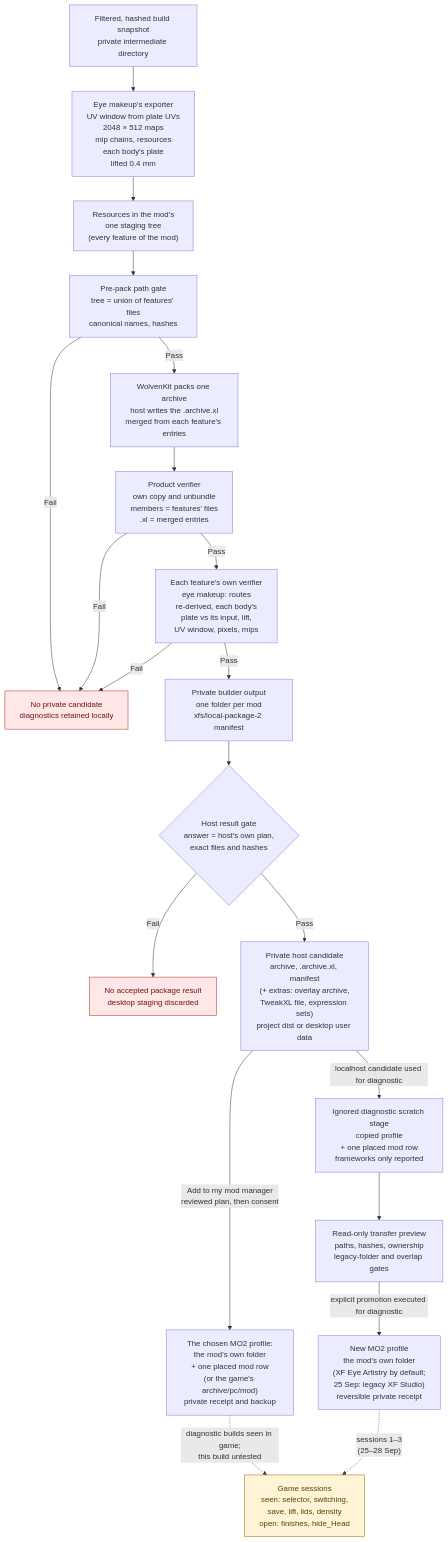
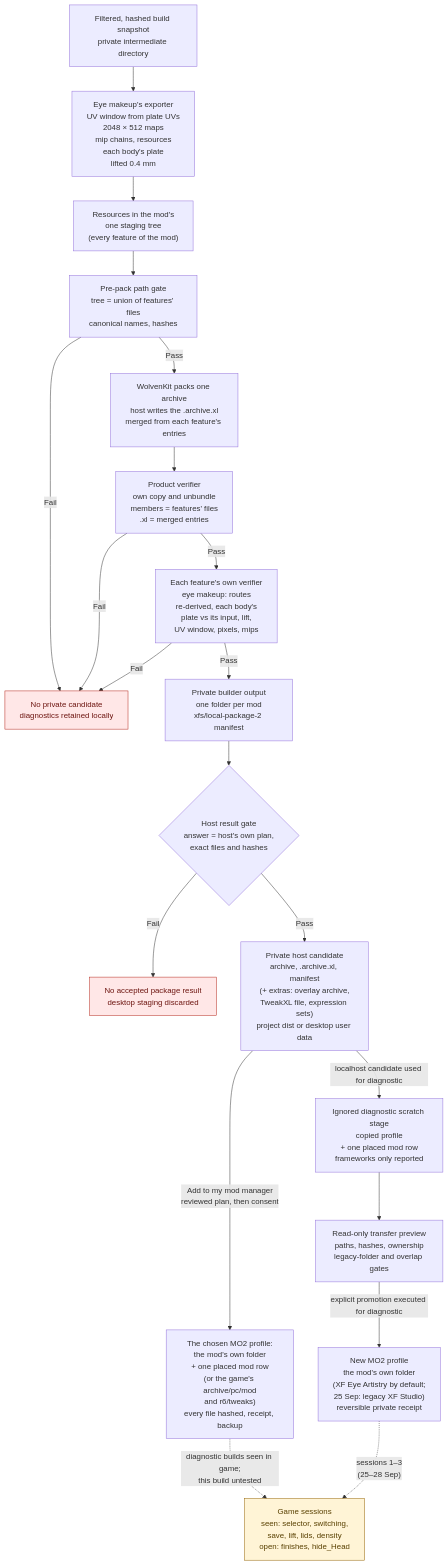
Before and after one commit to axefrog/xf-studio: the second of 4 diagrams in research/authoring/studio-to-mod-pipeline.md, drawn with Mermaid. The commit also changed other lines of this file and 10 other files, not shown here.

````diff
--- a/research/authoring/studio-to-mod-pipeline.md
+++ b/research/authoring/studio-to-mod-pipeline.md
@@ -65,27 +65,27 @@
 ```mermaid
 flowchart TB
   snapshot["Filtered, hashed build snapshot<br/>private intermediate directory"] --> bake["Eye makeup's exporter<br/>UV window from plate UVs<br/>2048 × 512 maps<br/>mip chains, resources<br/>each body's plate<br/>lifted 0.4 mm"]
   bake --> resources["Resources in the mod's<br/>one staging tree<br/>(every feature of the mod)"]
   resources --> gate["Pre-pack path gate<br/>tree = union of features' files<br/>canonical names, hashes"]
   gate -- Fail --> stop
   gate -- Pass --> pack["WolvenKit packs one archive<br/>host writes the .archive.xl<br/>merged from each feature's entries"]
   pack --> productVerifier["Product verifier<br/>own copy and unbundle<br/>members = features' files<br/>.xl = merged entries"]
   productVerifier -- Fail --> stop
   productVerifier -- Pass --> verifier["Each feature's own verifier<br/>eye makeup: routes<br/>re-derived, each body's<br/>plate vs its input, lift,<br/>UV window, pixels, mips"]
   verifier -- Fail --> stop["No private candidate<br/>diagnostics retained locally"]
   verifier -- Pass --> dist["Private builder output<br/>one folder per mod<br/>xfs/local-package-2 manifest"]
   dist --> resultGate{"Host result gate<br/>answer = host's own plan,<br/>exact files and hashes"}
   resultGate -- Fail --> unaccepted["No accepted package result<br/>desktop staging discarded"]
   resultGate -- Pass --> candidate["Private host candidate<br/>archive, .archive.xl, manifest<br/>(+ extras: overlay archive,<br/>TweakXL file, expression sets)<br/>project dist or desktop user data"]
-  candidate -- "Add to my mod manager<br/>reviewed plan, then consent" --> install["The chosen MO2 profile:<br/>the mod's own folder<br/>+ one placed mod row<br/>(or the game's archive/pc/mod)<br/>private receipt and backup"]
+  candidate -- "Add to my mod manager<br/>reviewed plan, then consent" --> install["The chosen MO2 profile:<br/>the mod's own folder<br/>+ one placed mod row<br/>(or the game's archive/pc/mod<br/>and r6/tweaks)<br/>every file hashed, receipt, backup"]
   install -. "diagnostic builds seen in game;<br/>this build untested" .-> runtime
   candidate -- "localhost candidate used for diagnostic" --> scratch["Ignored diagnostic scratch stage<br/>copied profile<br/>+ one placed mod row<br/>frameworks only reported"]
   scratch --> preview["Read-only transfer preview<br/>paths, hashes, ownership<br/>legacy-folder and overlap gates"]
   preview -- "explicit promotion executed for diagnostic" --> mo2["New MO2 profile<br/>the mod's own folder<br/>(XF Eye Artistry by default;<br/>25 Sep: legacy XF Studio)<br/>reversible private receipt"]
   mo2 -. "sessions 1–3<br/>(25–28 Sep)" .-> runtime["Game sessions<br/>seen: selector, switching,<br/>save, lift, lids, density<br/>open: finishes, hide_Head"]
 
   classDef blocked fill:#ffe7e7,stroke:#b42318,color:#6e1611;
   classDef pending fill:#fff4d6,stroke:#946200,color:#594000;
   class stop,unaccepted blocked;
   class runtime pending;
 ```
````
